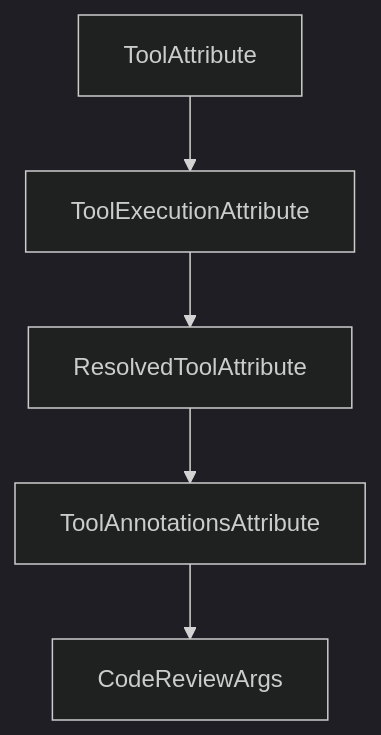
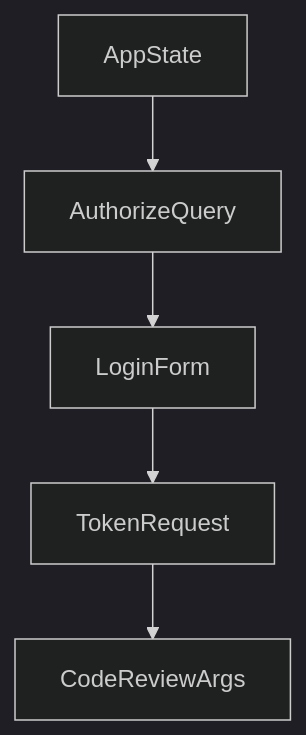
One commit to johnxie/awesome-code-docs changed the diagram in tutorials/mcp-rust-sdk-tutorial/08-ecosystem-integration-and-production-operations.md. Above: the diagram before and after it, drawn with Mermaid (dark theme). The commit also changed other lines of this file and 1232 other files, not shown here.

````diff
--- a/tutorials/mcp-rust-sdk-tutorial/08-ecosystem-integration-and-production-operations.md
+++ b/tutorials/mcp-rust-sdk-tutorial/08-ecosystem-integration-and-production-operations.md
@@ -213,12 +211,12 @@
 ```mermaid
 flowchart TD
-    A[ToolAttribute]
-    B[ToolExecutionAttribute]
-    C[ResolvedToolAttribute]
-    D[ToolAnnotationsAttribute]
+    A[AppState]
+    B[AuthorizeQuery]
+    C[LoginForm]
+    D[TokenRequest]
     E[CodeReviewArgs]
     A --> B
     B --> C
     C --> D
     D --> E
 ```
````
